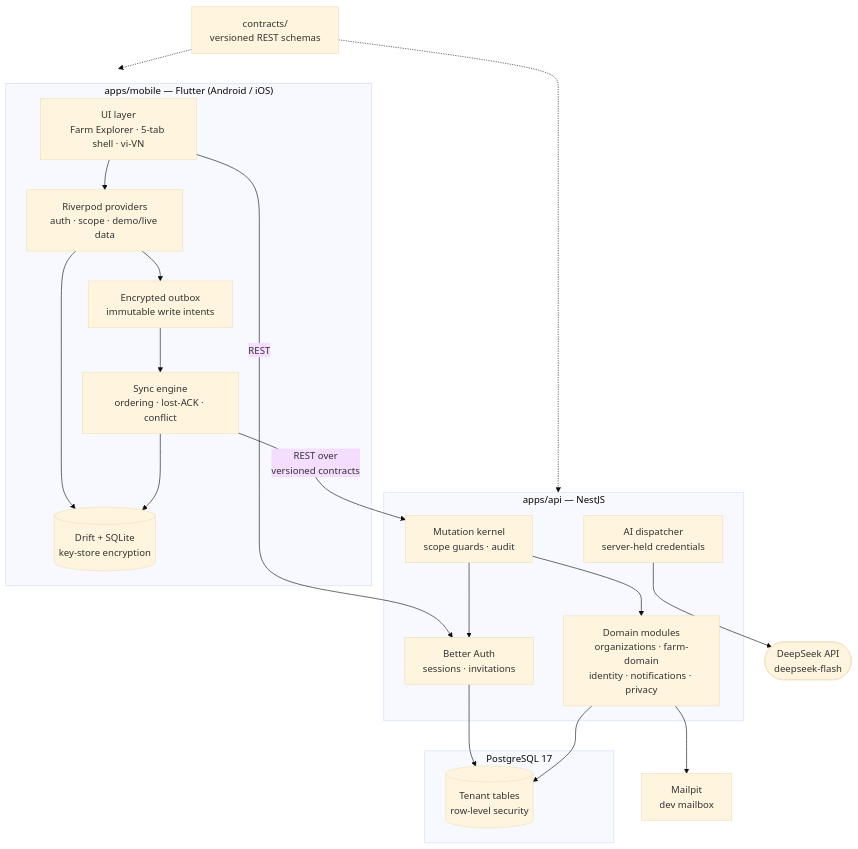
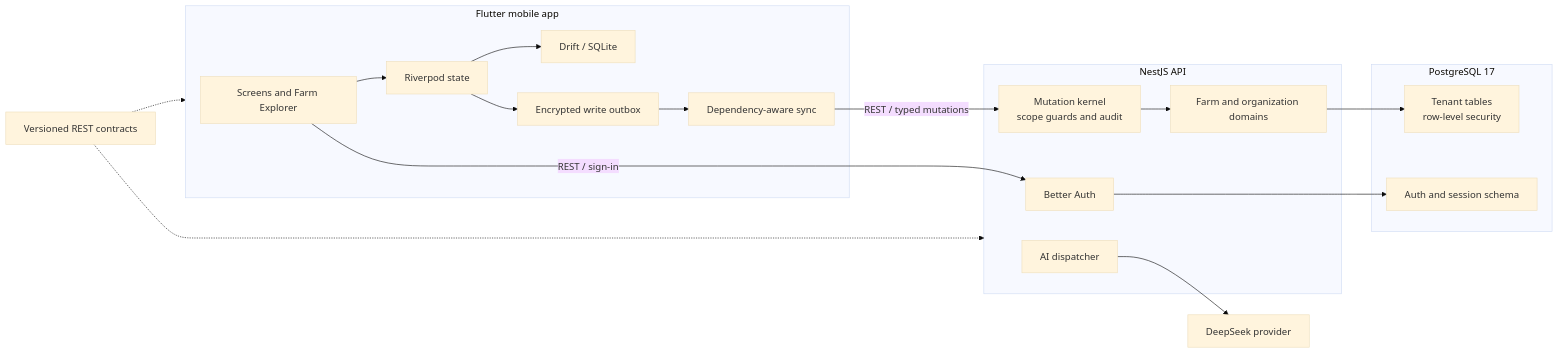
The diagram in README.md (JasonTM17/Farmly_Flutter), drawn with Mermaid (base theme) before and after one commit. The commit also changed other lines of this file, not shown here.

````diff
--- a/README.md
+++ b/README.md
@@ -56,38 +74,33 @@
 ```mermaid
-flowchart TB
-    subgraph MOBILE["apps/mobile — Flutter (Android / iOS)"]
-        UI["UI layer<br/>Farm Explorer · 5-tab shell · vi-VN"]
-        STATE["Riverpod providers<br/>auth · scope · demo/live data"]
-        OUTBOX["Encrypted outbox<br/>immutable write intents"]
-        SYNC["Sync engine<br/>ordering · lost-ACK · conflict"]
-        STORE[("Drift + SQLite<br/>key-store encryption")]
-        UI --> STATE
-        STATE --> OUTBOX --> SYNC
-        STATE --> STORE
-        SYNC --> STORE
-    end
+flowchart LR
+  subgraph MOBILE["Flutter mobile app"]
+    UI["Screens and Farm Explorer"] --> STATE["Riverpod state"]
+    STATE --> LOCAL["Drift / SQLite"]
+    STATE --> OUTBOX["Encrypted write outbox"]
+    OUTBOX --> SYNC["Dependency-aware sync"]
+  end
 
-    subgraph API["apps/api — NestJS"]
-        AUTH["Better Auth<br/>sessions · invitations"]
-        KERNEL["Mutation kernel<br/>scope guards · audit"]
-        DOMAIN["Domain modules<br/>organizations · farm-domain<br/>identity · notifications · privacy"]
-        AISVC["AI dispatcher<br/>server-held credentials"]
-    end
+  subgraph API["NestJS API"]
+    AUTH["Better Auth"]
+    KERNEL["Mutation kernel<br/>scope guards and audit"]
+    DOMAIN["Farm and organization domains"]
+    AI["AI dispatcher"]
+    KERNEL --> DOMAIN
+  end
 
-    subgraph DATA["PostgreSQL 17"]
-        RLS[("Tenant tables<br/>row-level security")]
-    end
+  subgraph DATA["PostgreSQL 17"]
+    TENANT["Tenant tables<br/>row-level security"]
+    AUTHDATA["Auth and session schema"]
+  end
 
-    CONTRACTS["contracts/<br/>versioned REST schemas"]
-    DEEPSEEK(["DeepSeek API<br/>deepseek-flash"])
-    MAILPIT["Mailpit<br/>dev mailbox"]
+  CONTRACTS["Versioned REST contracts"]
+  PROVIDER["DeepSeek provider"]
 
-    SYNC -- "REST over<br/>versioned contracts" --> KERNEL
-    UI -- "REST" --> AUTH
-    KERNEL --> AUTH --> RLS
-    KERNEL --> DOMAIN --> RLS
-    AISVC --> DEEPSEEK
-    DOMAIN --> MAILPIT
-    CONTRACTS -.-> MOBILE
-    CONTRACTS -.-> API
+  UI -->|"REST / sign-in"| AUTH
+  SYNC -->|"REST / typed mutations"| KERNEL
+  AUTH --> AUTHDATA
+  DOMAIN --> TENANT
+  AI --> PROVIDER
+  CONTRACTS -.-> MOBILE
+  CONTRACTS -.-> API
 ```
````
